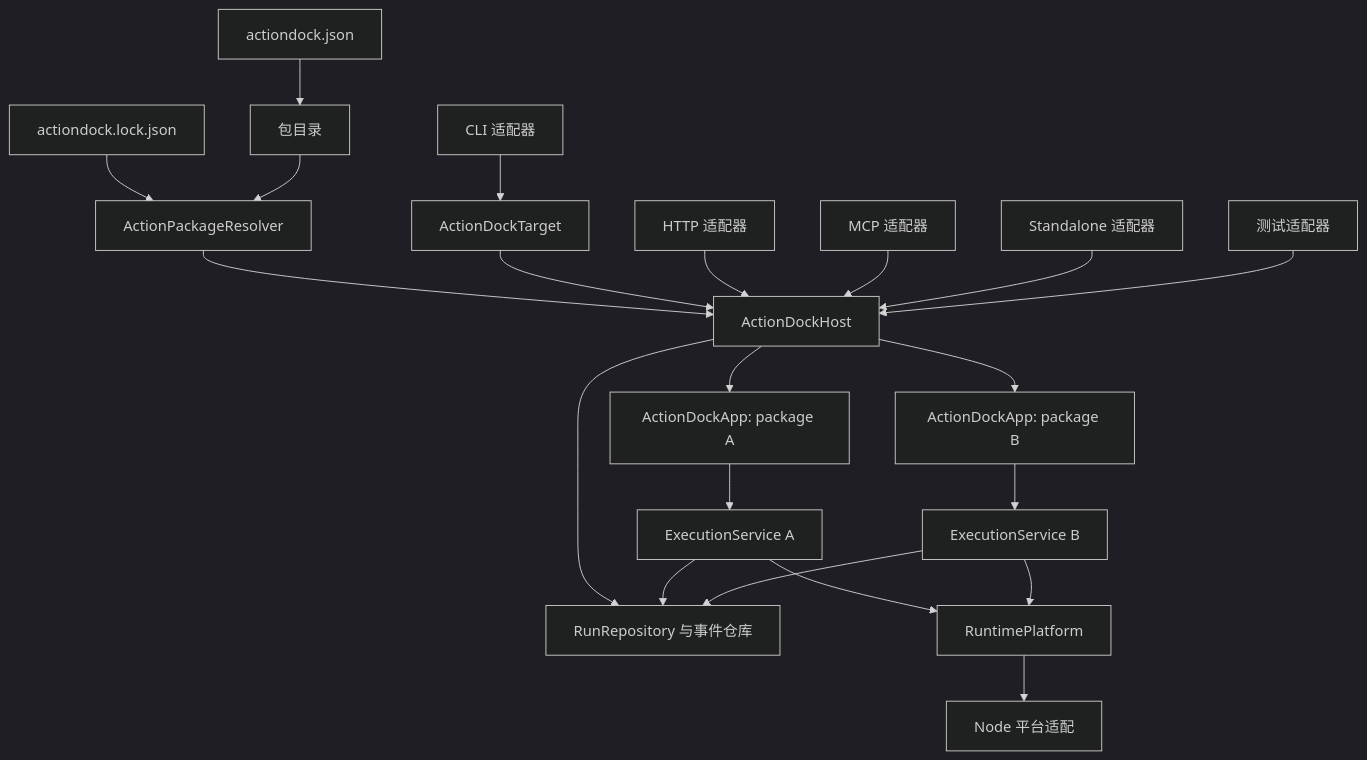
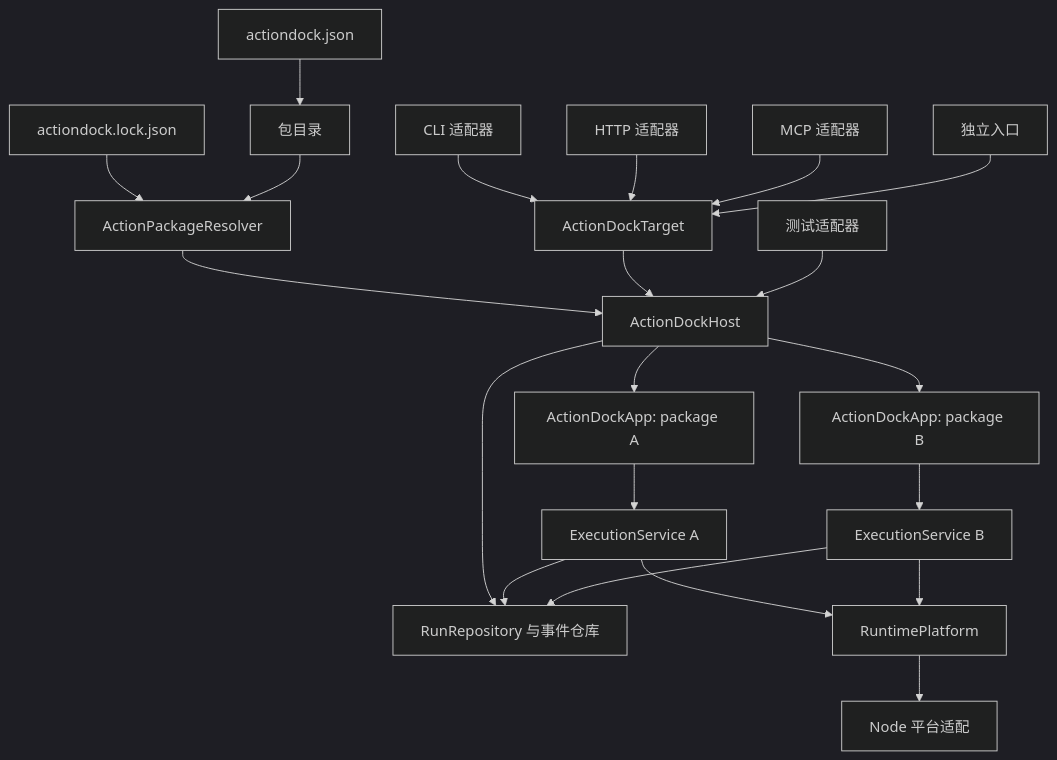
Before and after one commit to team4u/actiondock: the first of 3 diagrams in docs/architecture/20260909 ActionDock 2.0 重构设计文档.md, drawn with Mermaid (dark theme). The commit also changed other lines of this file and 31 other files, not shown here.

````diff
--- a/docs/architecture/20260909 ActionDock 2.0 重构设计文档.md
+++ b/docs/architecture/20260909 ActionDock 2.0 重构设计文档.md
@@ -86,23 +90,23 @@
 ```mermaid
 flowchart TD
   Manifest[actiondock.json] --> Catalog[包目录]
   Lock[actiondock.lock.json] --> Resolver[ActionPackageResolver]
   Catalog --> Resolver
   Resolver --> Host[ActionDockHost]
   Host --> AppA[ActionDockApp: package A]
   Host --> AppB[ActionDockApp: package B]
   Host --> Runs[RunRepository 与事件仓库]
   AppA --> EngineA[ExecutionService A]
   AppB --> EngineB[ExecutionService B]
   EngineA --> Runs
   EngineB --> Runs
   EngineA --> Platform[RuntimePlatform]
   EngineB --> Platform
   Platform --> Node[Node 平台适配]
   Cli[CLI 适配器] --> Target[ActionDockTarget]
+  Http[HTTP 适配器] --> Target
+  Mcp[MCP 适配器] --> Target
+  Standalone[独立入口] --> Target
   Target --> Host
-  Http[HTTP 适配器] --> Host
-  Mcp[MCP 适配器] --> Host
-  Standalone[Standalone 适配器] --> Host
   Test[测试适配器] --> Host
 ```
````
